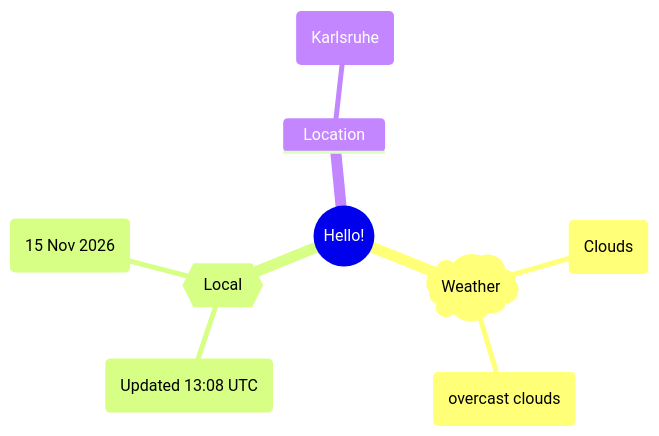
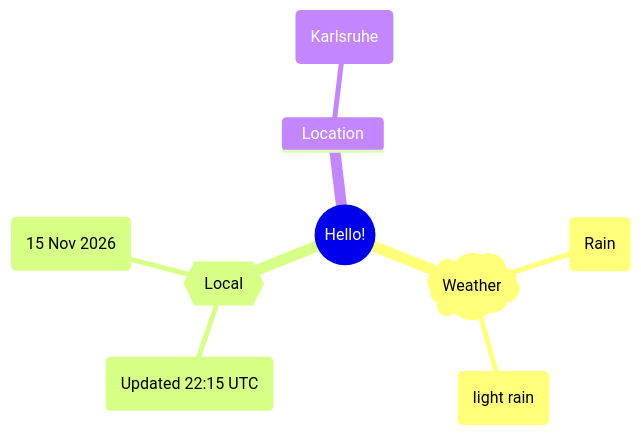
The first of 2 diagrams in README.md (Xosrov/Xosrov), drawn with Mermaid before and after one commit.

Commit message:
[bot] updated images

````diff
--- a/README.md
+++ b/README.md
@@ -3,12 +3,12 @@
 ```mermaid
 mindmap
   root((Hello!))
     )Weather(
-        (Clouds)
-        (overcast clouds)
+        (Rain)
+        (light rain)
     {{Local}}
-        (Updated 13:08 UTC)
+        (Updated 22:15 UTC)
         (15 Nov 2026)
     Location
         (Karlsruhe)
 ```
````
